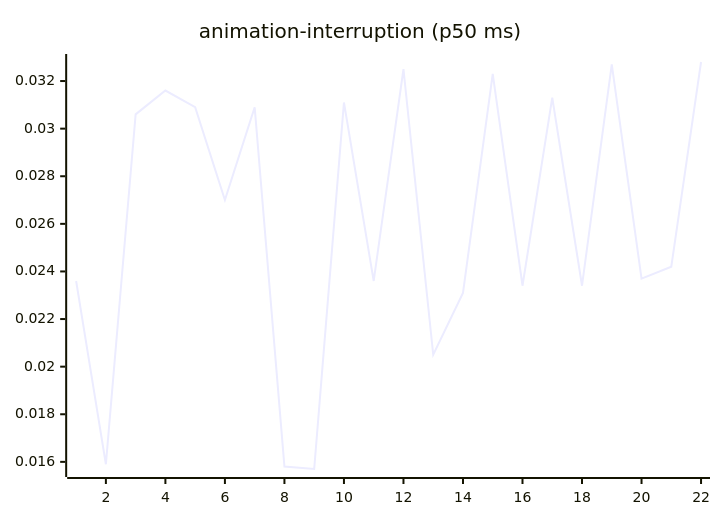
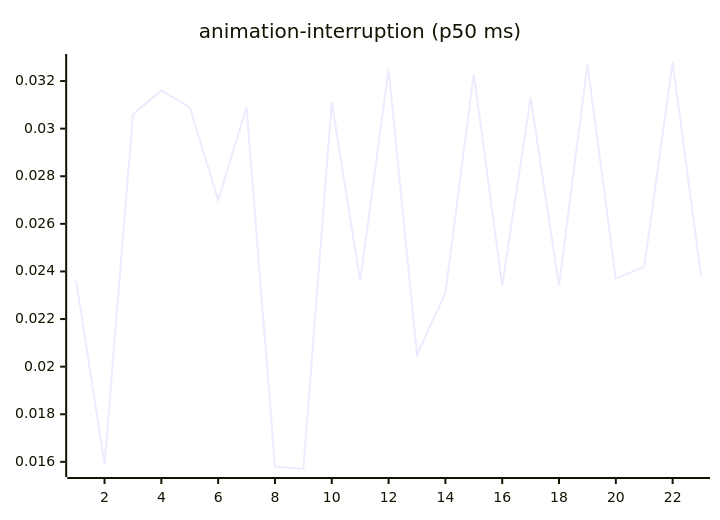
The third of 27 diagrams in README.md (josha/Facet), drawn with Mermaid before and after one commit. The commit also changed other lines of this file and 2 other files, not shown here.

````diff
--- a/README.md
+++ b/README.md
@@ -77,6 +77,6 @@
 ```mermaid
 xychart-beta
     title "animation-interruption (p50 ms)"
-    x-axis 1 --> 22
-    line [0.0236, 0.0159, 0.0306, 0.0316, 0.0309, 0.0270, 0.0309, 0.0158, 0.0157, 0.0311, 0.0236, 0.0325, 0.0205, 0.0231, 0.0323, 0.0234, 0.0313, 0.0234, 0.0327, 0.0237, 0.0242, 0.0328]
+    x-axis 1 --> 23
+    line [0.0236, 0.0159, 0.0306, 0.0316, 0.0309, 0.0270, 0.0309, 0.0158, 0.0157, 0.0311, 0.0236, 0.0325, 0.0205, 0.0231, 0.0323, 0.0234, 0.0313, 0.0234, 0.0327, 0.0237, 0.0242, 0.0328, 0.0238]
 ```
````
